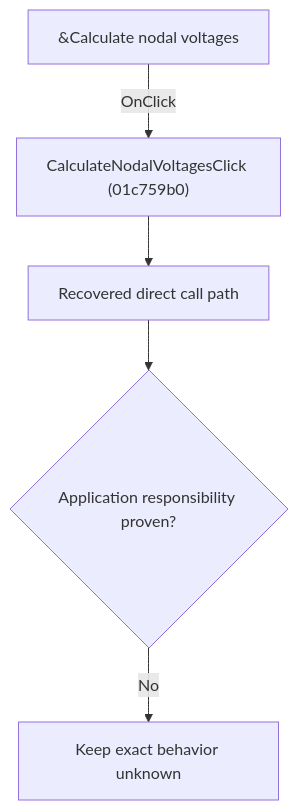
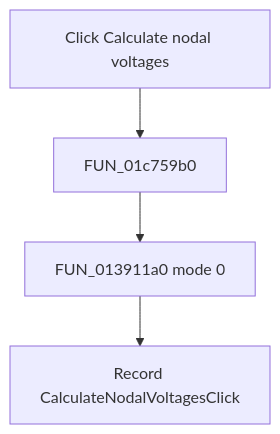
The diagram in docs/ui-controls/schematiceditor/calculatenodalvoltages-54ace05a5f.md (MovGP0/TIARA), drawn with Mermaid before and after one commit. The commit also changed other lines of this file and 241 other files, not shown here.

````diff
--- a/docs/ui-controls/schematiceditor/calculatenodalvoltages-54ace05a5f.md
+++ b/docs/ui-controls/schematiceditor/calculatenodalvoltages-54ace05a5f.md
@@ -27,7 +27,6 @@
 ```mermaid
 flowchart TD
-    control["&Calculate nodal voltages"] -->|"OnClick"| handler["CalculateNodalVoltagesClick (01c759b0)"]
-    handler --> recovered["Recovered direct call path"]
-    recovered --> gap{"Application responsibility proven?"}
-    gap -->|"No"| blocked["Keep exact behavior unknown"]
+    control["Click Calculate nodal voltages"] --> handler["FUN_01c759b0"]
+    handler --> solve["FUN_013911a0 mode 0"]
+    solve --> record["Record CalculateNodalVoltagesClick"]
 ```
````
